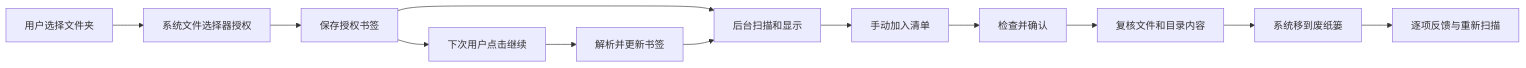
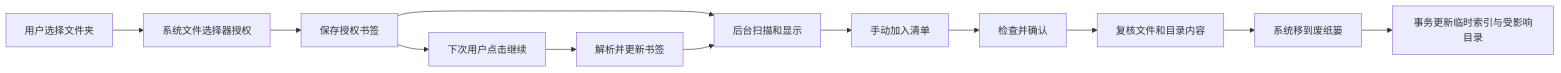
One commit to skvdhshuk-blip/HaoDisk changed the diagram in docs/APP_STORE.md. Above: the diagram before and after it, drawn with Mermaid. The commit also changed other lines of this file and 7 other files, not shown here.

````diff
--- a/docs/APP_STORE.md
+++ b/docs/APP_STORE.md
@@ -19,14 +19,14 @@
 ```mermaid
 flowchart LR
   A[用户选择文件夹] --> B[系统文件选择器授权]
   B --> C[保存授权书签]
   C --> D[后台扫描和显示]
   D --> E[手动加入清单]
   E --> F[检查并确认]
   F --> G[复核文件和目录内容]
   G --> H[系统移到废纸篓]
-  H --> I[逐项反馈与重新扫描]
+  H --> I[事务更新临时索引与受影响目录]
   C --> J[下次用户点击继续]
   J --> K[解析并更新书签]
   K --> D
 ```
````
